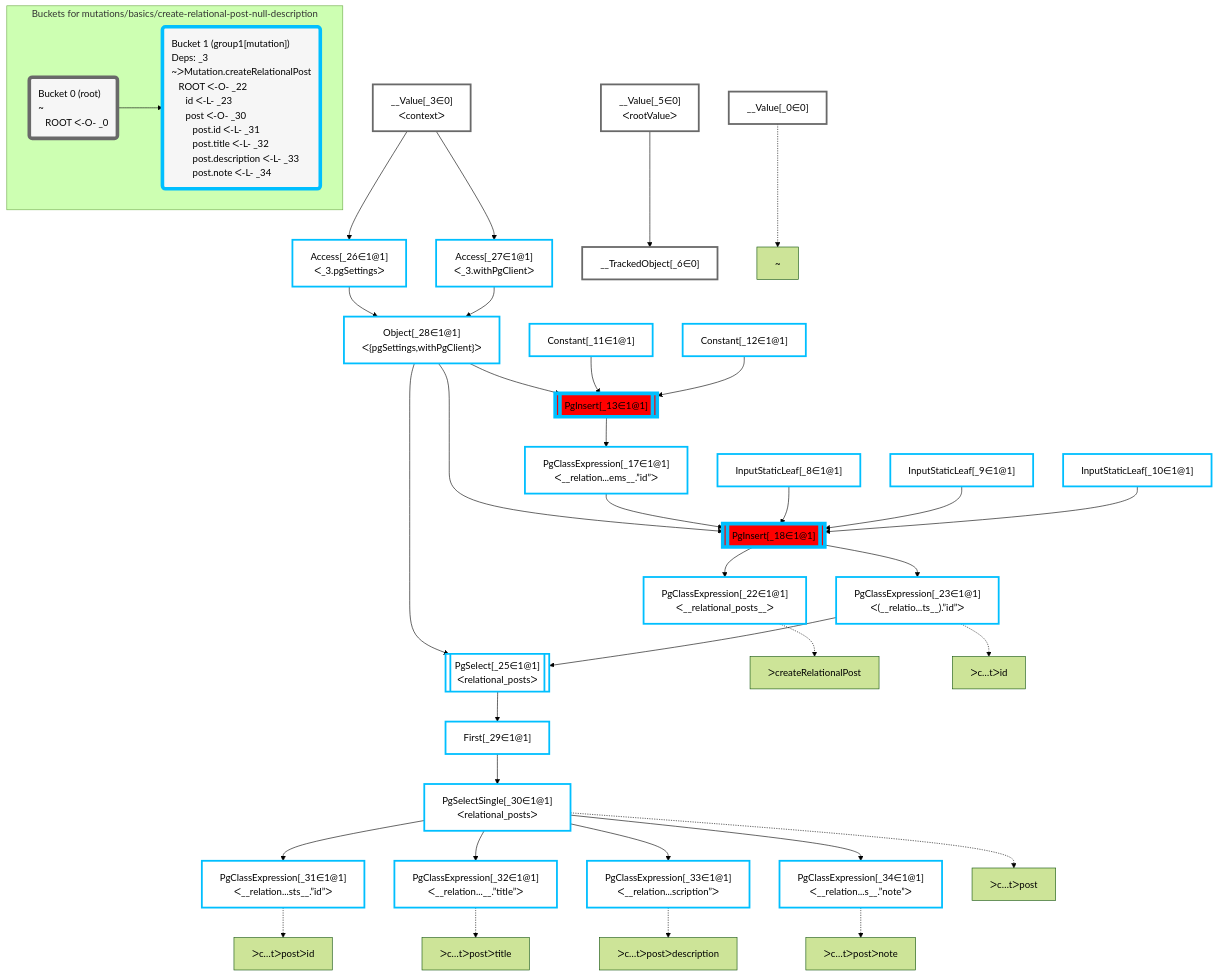
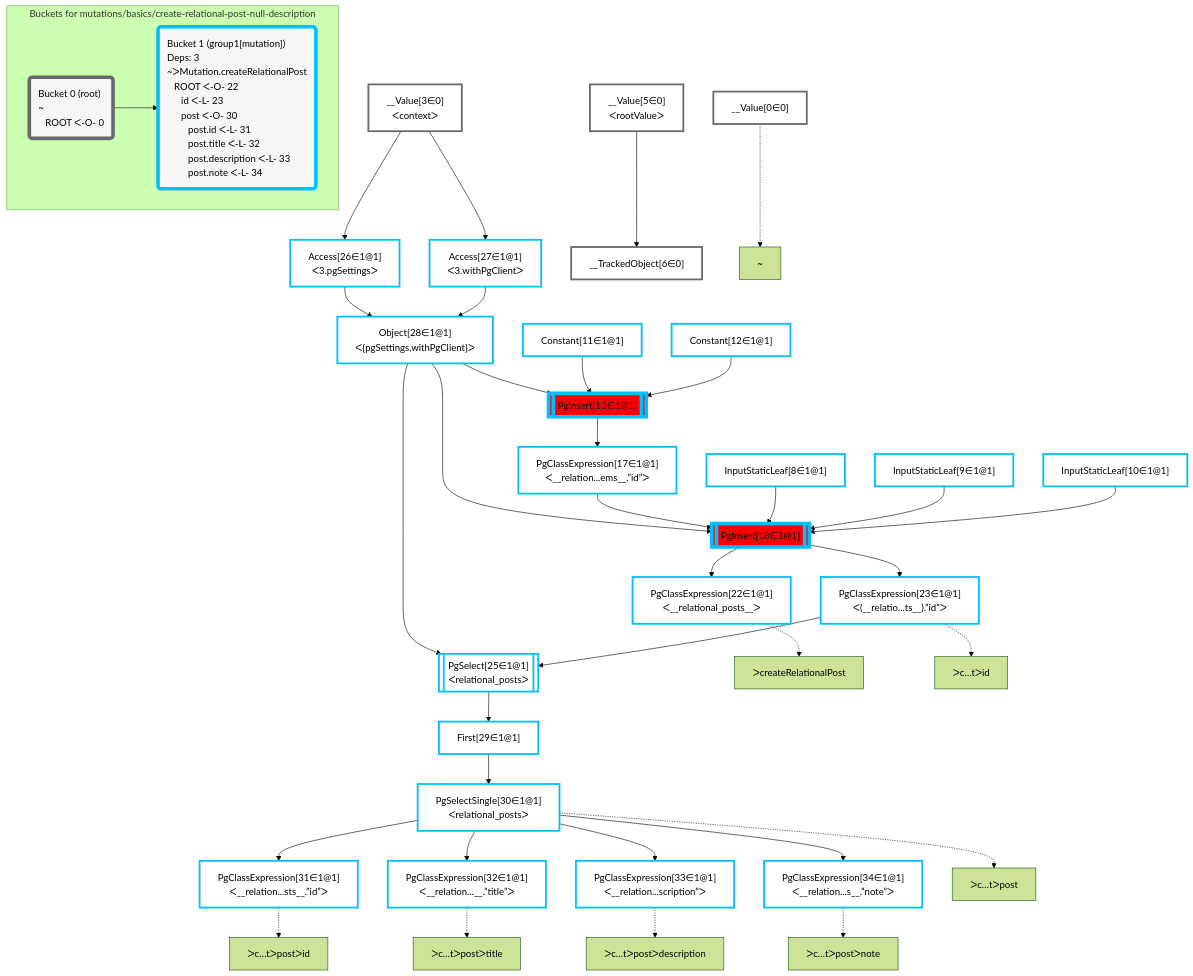
One commit to graphile/crystal changed the diagram in packages/dataplan-pg/__tests__/mutations/basics/create-relational-post-null-description.mermaid.md. Above: the diagram before and after it, drawn with Mermaid (forest theme). The commit also changed 195 other files, not shown here.

````diff
--- a/packages/dataplan-pg/__tests__/mutations/basics/create-relational-post-null-description.mermaid.md
+++ b/packages/dataplan-pg/__tests__/mutations/basics/create-relational-post-null-description.mermaid.md
@@ -1,81 +1,81 @@
 ```mermaid
 graph TD
     classDef path fill:#eee,stroke:#000,color:#000
     classDef plan fill:#fff,stroke-width:3px,color:#000
     classDef itemplan fill:#fff,stroke-width:6px,color:#000
     classDef sideeffectplan fill:#f00,stroke-width:6px,color:#000
     classDef bucket fill:#f6f6f6,color:#000,stroke-width:6px,text-align:left
 
 
     %% define plans
-    __Value_0["__Value[_0∈0]"]:::plan
-    PgClassExpression_22["PgClassExpression[_22∈1@1]<br />ᐸ__relational_posts__ᐳ"]:::plan
-    PgClassExpression_31["PgClassExpression[_31∈1@1]<br />ᐸ__relation...sts__.”id”ᐳ"]:::plan
-    PgClassExpression_32["PgClassExpression[_32∈1@1]<br />ᐸ__relation...__.”title”ᐳ"]:::plan
-    PgClassExpression_33["PgClassExpression[_33∈1@1]<br />ᐸ__relation...scription”ᐳ"]:::plan
-    PgClassExpression_34["PgClassExpression[_34∈1@1]<br />ᐸ__relation...s__.”note”ᐳ"]:::plan
-    PgSelectSingle_30["PgSelectSingle[_30∈1@1]<br />ᐸrelational_postsᐳ"]:::plan
-    First_29["First[_29∈1@1]"]:::plan
-    PgSelect_25[["PgSelect[_25∈1@1]<br />ᐸrelational_postsᐳ"]]:::plan
-    PgClassExpression_23["PgClassExpression[_23∈1@1]<br />ᐸ(__relatio...ts__).”id”ᐳ"]:::plan
-    PgInsert_18[["PgInsert[_18∈1@1]"]]:::sideeffectplan
-    PgClassExpression_17["PgClassExpression[_17∈1@1]<br />ᐸ__relation...ems__.”id”ᐳ"]:::plan
-    PgInsert_13[["PgInsert[_13∈1@1]"]]:::sideeffectplan
-    Object_28["Object[_28∈1@1]<br />ᐸ{pgSettings,withPgClient}ᐳ"]:::plan
-    Access_26["Access[_26∈1@1]<br />ᐸ_3.pgSettingsᐳ"]:::plan
-    Access_27["Access[_27∈1@1]<br />ᐸ_3.withPgClientᐳ"]:::plan
-    __Value_3["__Value[_3∈0]<br />ᐸcontextᐳ"]:::plan
-    __TrackedObject_6["__TrackedObject[_6∈0]"]:::plan
-    __Value_5["__Value[_5∈0]<br />ᐸrootValueᐳ"]:::plan
-    InputStaticLeaf_8["InputStaticLeaf[_8∈1@1]"]:::plan
-    InputStaticLeaf_9["InputStaticLeaf[_9∈1@1]"]:::plan
-    InputStaticLeaf_10["InputStaticLeaf[_10∈1@1]"]:::plan
-    Constant_11["Constant[_11∈1@1]"]:::plan
-    Constant_12["Constant[_12∈1@1]"]:::plan
+    __Value0["__Value[0∈0]"]:::plan
+    PgClassExpression22["PgClassExpression[22∈1@1]<br />ᐸ__relational_posts__ᐳ"]:::plan
+    PgClassExpression31["PgClassExpression[31∈1@1]<br />ᐸ__relation...sts__.”id”ᐳ"]:::plan
+    PgClassExpression32["PgClassExpression[32∈1@1]<br />ᐸ__relation...__.”title”ᐳ"]:::plan
+    PgClassExpression33["PgClassExpression[33∈1@1]<br />ᐸ__relation...scription”ᐳ"]:::plan
+    PgClassExpression34["PgClassExpression[34∈1@1]<br />ᐸ__relation...s__.”note”ᐳ"]:::plan
+    PgSelectSingle30["PgSelectSingle[30∈1@1]<br />ᐸrelational_postsᐳ"]:::plan
+    First29["First[29∈1@1]"]:::plan
+    PgSelect25[["PgSelect[25∈1@1]<br />ᐸrelational_postsᐳ"]]:::plan
+    PgClassExpression23["PgClassExpression[23∈1@1]<br />ᐸ(__relatio...ts__).”id”ᐳ"]:::plan
+    PgInsert18[["PgInsert[18∈1@1]"]]:::sideeffectplan
+    PgClassExpression17["PgClassExpression[17∈1@1]<br />ᐸ__relation...ems__.”id”ᐳ"]:::plan
+    PgInsert13[["PgInsert[13∈1@1]"]]:::sideeffectplan
+    Object28["Object[28∈1@1]<br />ᐸ{pgSettings,withPgClient}ᐳ"]:::plan
+    Access26["Access[26∈1@1]<br />ᐸ3.pgSettingsᐳ"]:::plan
+    Access27["Access[27∈1@1]<br />ᐸ3.withPgClientᐳ"]:::plan
+    __Value3["__Value[3∈0]<br />ᐸcontextᐳ"]:::plan
+    __TrackedObject6["__TrackedObject[6∈0]"]:::plan
+    __Value5["__Value[5∈0]<br />ᐸrootValueᐳ"]:::plan
+    InputStaticLeaf8["InputStaticLeaf[8∈1@1]"]:::plan
+    InputStaticLeaf9["InputStaticLeaf[9∈1@1]"]:::plan
+    InputStaticLeaf10["InputStaticLeaf[10∈1@1]"]:::plan
+    Constant11["Constant[11∈1@1]"]:::plan
+    Constant12["Constant[12∈1@1]"]:::plan
 
     %% plan dependencies
-    PgInsert_18 --> PgClassExpression_22
-    PgSelectSingle_30 --> PgClassExpression_31
-    PgSelectSingle_30 --> PgClassExpression_32
-    PgSelectSingle_30 --> PgClassExpression_33
-    PgSelectSingle_30 --> PgClassExpression_34
-    First_29 --> PgSelectSingle_30
-    PgSelect_25 --> First_29
-    Object_28 & PgClassExpression_23 --> PgSelect_25
-    PgInsert_18 --> PgClassExpression_23
-    Object_28 & PgClassExpression_17 & InputStaticLeaf_8 & InputStaticLeaf_9 & InputStaticLeaf_10 --> PgInsert_18
-    PgInsert_13 --> PgClassExpression_17
-    Object_28 & Constant_11 & Constant_12 --> PgInsert_13
-    Access_26 & Access_27 --> Object_28
-    __Value_3 --> Access_26
-    __Value_3 --> Access_27
-    __Value_5 --> __TrackedObject_6
+    PgInsert18 --> PgClassExpression22
+    PgSelectSingle30 --> PgClassExpression31
+    PgSelectSingle30 --> PgClassExpression32
+    PgSelectSingle30 --> PgClassExpression33
+    PgSelectSingle30 --> PgClassExpression34
+    First29 --> PgSelectSingle30
+    PgSelect25 --> First29
+    Object28 & PgClassExpression23 --> PgSelect25
+    PgInsert18 --> PgClassExpression23
+    Object28 & PgClassExpression17 & InputStaticLeaf8 & InputStaticLeaf9 & InputStaticLeaf10 --> PgInsert18
+    PgInsert13 --> PgClassExpression17
+    Object28 & Constant11 & Constant12 --> PgInsert13
+    Access26 & Access27 --> Object28
+    __Value3 --> Access26
+    __Value3 --> Access27
+    __Value5 --> __TrackedObject6
 
     %% plan-to-path relationships
-    P_0["~"]
-    __Value_0 -.-> P_0
-    P_22["ᐳcreateRelationalPost"]
-    PgClassExpression_22 -.-> P_22
-    P_23["ᐳc…tᐳid"]
-    PgClassExpression_23 -.-> P_23
-    P_30["ᐳc…tᐳpost"]
-    PgSelectSingle_30 -.-> P_30
-    P_31["ᐳc…tᐳpostᐳid"]
-    PgClassExpression_31 -.-> P_31
-    P_32["ᐳc…tᐳpostᐳtitle"]
-    PgClassExpression_32 -.-> P_32
-    P_33["ᐳc…tᐳpostᐳdescription"]
-    PgClassExpression_33 -.-> P_33
-    P_34["ᐳc…tᐳpostᐳnote"]
-    PgClassExpression_34 -.-> P_34
+    P0["~"]
+    __Value0 -.-> P0
+    P22["ᐳcreateRelationalPost"]
+    PgClassExpression22 -.-> P22
+    P23["ᐳc…tᐳid"]
+    PgClassExpression23 -.-> P23
+    P30["ᐳc…tᐳpost"]
+    PgSelectSingle30 -.-> P30
+    P31["ᐳc…tᐳpostᐳid"]
+    PgClassExpression31 -.-> P31
+    P32["ᐳc…tᐳpostᐳtitle"]
+    PgClassExpression32 -.-> P32
+    P33["ᐳc…tᐳpostᐳdescription"]
+    PgClassExpression33 -.-> P33
+    P34["ᐳc…tᐳpostᐳnote"]
+    PgClassExpression34 -.-> P34
 
     subgraph "Buckets for mutations/basics/create-relational-post-null-description"
-    Bucket0("Bucket 0 (root)<br />~<br />⠀ROOT ᐸ-O- _0"):::bucket
+    Bucket0("Bucket 0 (root)<br />~<br />⠀ROOT ᐸ-O- 0"):::bucket
     classDef bucket0 stroke:#696969
-    class Bucket0,__Value_0,__Value_3,__Value_5,__TrackedObject_6 bucket0
-    Bucket1("Bucket 1 (group1[mutation])<br />Deps: _3<br />~ᐳMutation.createRelationalPost<br />⠀ROOT ᐸ-O- _22<br />⠀⠀id ᐸ-L- _23<br />⠀⠀post ᐸ-O- _30<br />⠀⠀⠀post.id ᐸ-L- _31<br />⠀⠀⠀post.title ᐸ-L- _32<br />⠀⠀⠀post.description ᐸ-L- _33<br />⠀⠀⠀post.note ᐸ-L- _34"):::bucket
+    class Bucket0,__Value0,__Value3,__Value5,__TrackedObject6 bucket0
+    Bucket1("Bucket 1 (group1[mutation])<br />Deps: 3<br />~ᐳMutation.createRelationalPost<br />⠀ROOT ᐸ-O- 22<br />⠀⠀id ᐸ-L- 23<br />⠀⠀post ᐸ-O- 30<br />⠀⠀⠀post.id ᐸ-L- 31<br />⠀⠀⠀post.title ᐸ-L- 32<br />⠀⠀⠀post.description ᐸ-L- 33<br />⠀⠀⠀post.note ᐸ-L- 34"):::bucket
     classDef bucket1 stroke:#00bfff
-    class Bucket1,InputStaticLeaf_8,InputStaticLeaf_9,InputStaticLeaf_10,Constant_11,Constant_12,PgInsert_13,PgClassExpression_17,PgInsert_18,PgClassExpression_22,PgClassExpression_23,PgSelect_25,Access_26,Access_27,Object_28,First_29,PgSelectSingle_30,PgClassExpression_31,PgClassExpression_32,PgClassExpression_33,PgClassExpression_34 bucket1
+    class Bucket1,InputStaticLeaf8,InputStaticLeaf9,InputStaticLeaf10,Constant11,Constant12,PgInsert13,PgClassExpression17,PgInsert18,PgClassExpression22,PgClassExpression23,PgSelect25,Access26,Access27,Object28,First29,PgSelectSingle30,PgClassExpression31,PgClassExpression32,PgClassExpression33,PgClassExpression34 bucket1
     Bucket0 --> Bucket1
     end
 ```
````
